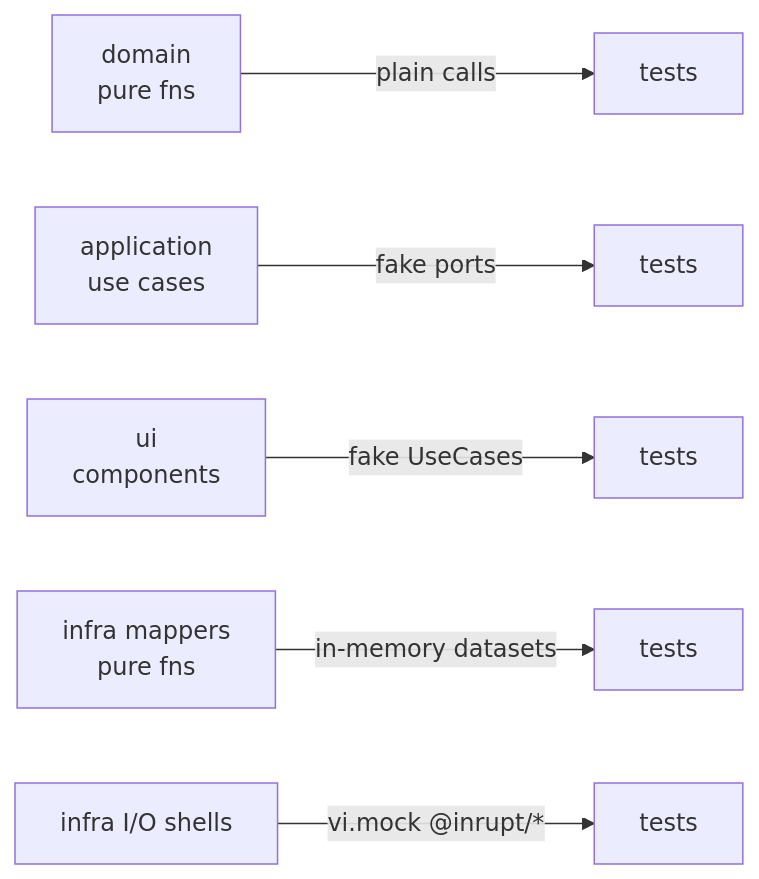
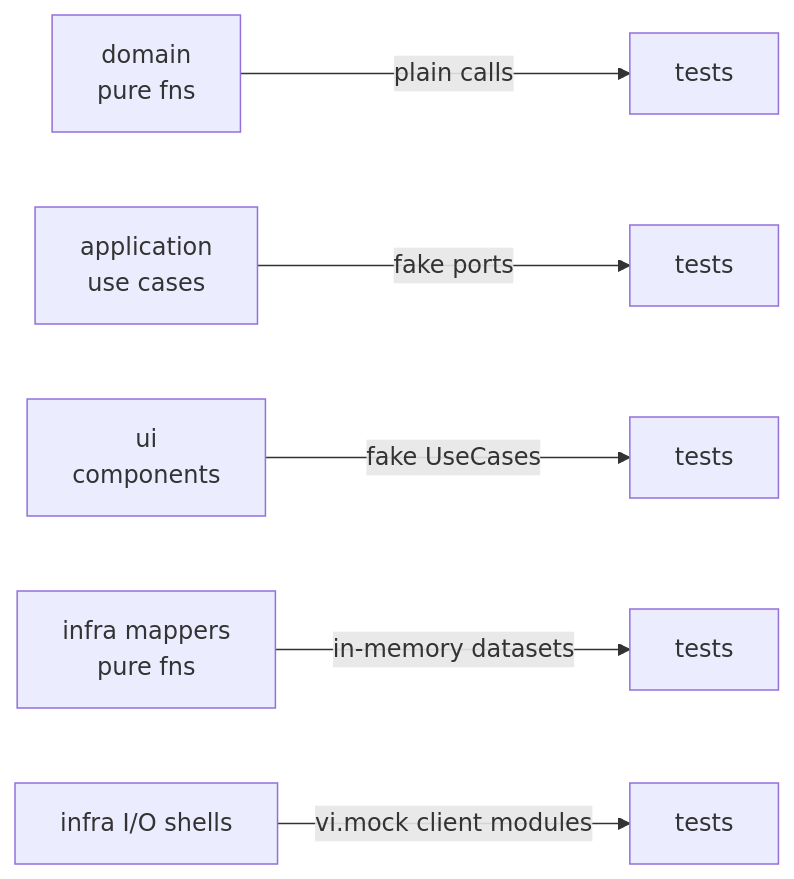
The diagram in docs/testing.md (solid-memo/website), drawn with Mermaid before and after one commit. The commit also changed other lines of this file and 9 other files, not shown here.

First line of the commit message:
docs: describe the Solid client modules and what a swap costs

````diff
--- a/docs/testing.md
+++ b/docs/testing.md
@@ -942,10 +942,10 @@
 ```mermaid
 graph LR
     accTitle: How each layer is tested
-    accDescr: Pure functions are tested with plain calls, use cases with fake ports, components with fake use cases, mappers with in-memory datasets and I/O shells with mocked Inrupt libraries.
+    accDescr: Pure functions are tested with plain calls, use cases with fake ports, components with fake use cases, mappers with in-memory datasets and I/O shells with mocked client modules.
     D["domain<br/>pure fns"] -->|plain calls| T1[tests]
     A["application<br/>use cases"] -->|fake ports| T2[tests]
     U["ui<br/>components"] -->|fake UseCases| T3[tests]
     M["infra mappers<br/>pure fns"] -->|in-memory datasets| T4[tests]
-    S["infra I/O shells"] -->|vi.mock @inrupt/*| T5[tests]
+    S["infra I/O shells"] -->|vi.mock client modules| T5[tests]
 ```
````
